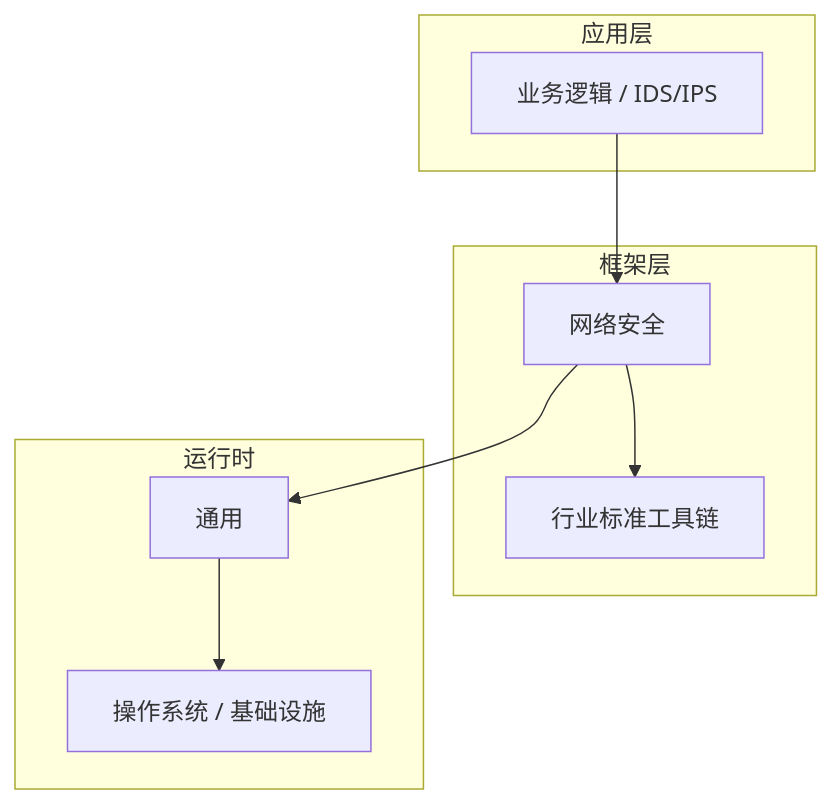
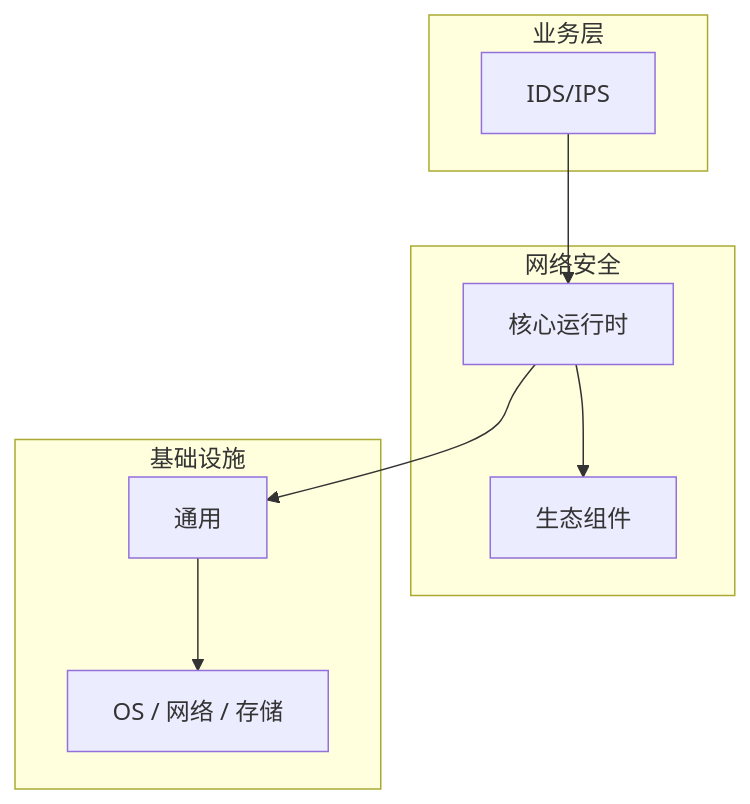
One commit to yanggan2015/knowledge-json-v2 changed the diagram in articles/网络安全/chapters/029-IDSIPS核心概念与原理.md. Above: the diagram before and after it, drawn with Mermaid. The commit also changed other lines of this file and 10127 other files, not shown here.

````diff
--- a/articles/网络安全/chapters/029-IDSIPS核心概念与原理.md
+++ b/articles/网络安全/chapters/029-IDSIPS核心概念与原理.md
@@ -46,18 +35,18 @@
 ```mermaid
 graph TB
-    subgraph 应用层
-        A[业务逻辑 / IDS/IPS]
+    subgraph 业务层
+        A[IDS/IPS]
     end
-    subgraph 框架层
-        B[网络安全]
-        C[行业标准工具链]
+    subgraph 网络安全
+        B[核心运行时]
+        C[生态组件]
     end
-    subgraph 运行时
+    subgraph 基础设施
         D[通用]
-        E[操作系统 / 基础设施]
+        E[OS / 网络 / 存储]
     end
     A --> B
     B --> C
     B --> D
     D --> E
 ```
````
